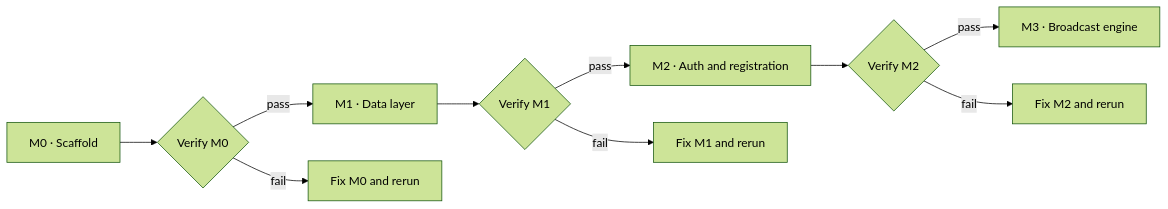
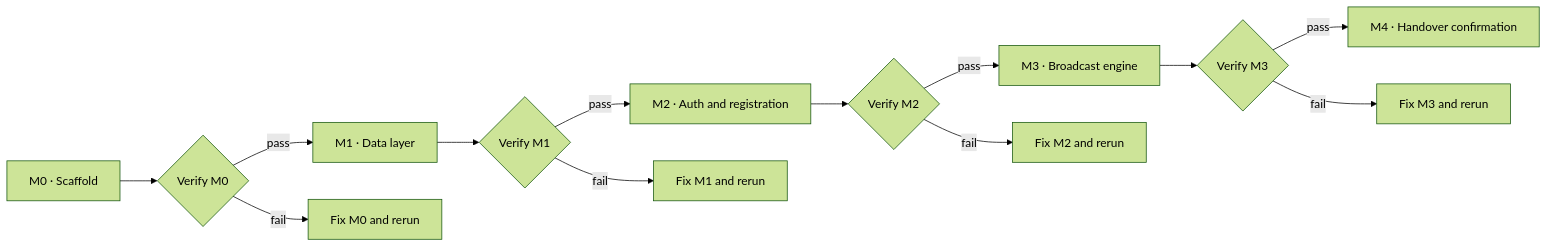
Before and after one commit to aneeskodappana/move-india: the diagram in docs/milestone-verification.md, drawn with Mermaid (forest theme). The commit also changed other lines of this file and 1 other file, not shown here.

Commit message:
docs: record M3 verification pass

````diff
--- a/docs/milestone-verification.md
+++ b/docs/milestone-verification.md
@@ -5,12 +5,15 @@
 ```mermaid
 flowchart LR
     M0[M0 · Scaffold] --> V0{Verify M0}
     V0 -->|pass| M1[M1 · Data layer]
     V0 -->|fail| F0[Fix M0 and rerun]
     M1 --> V1{Verify M1}
     V1 -->|pass| M2[M2 · Auth and registration]
     V1 -->|fail| F1[Fix M1 and rerun]
     M2 --> V2{Verify M2}
     V2 -->|pass| M3[M3 · Broadcast engine]
     V2 -->|fail| F2[Fix M2 and rerun]
+    M3 --> V3{Verify M3}
+    V3 -->|pass| M4[M4 · Handover confirmation]
+    V3 -->|fail| F3[Fix M3 and rerun]
 ```
````
